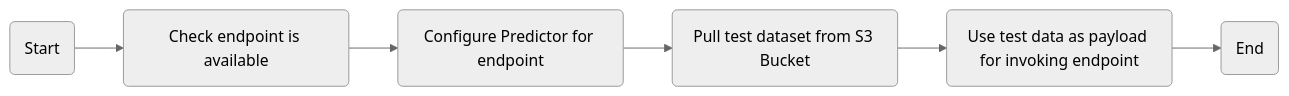
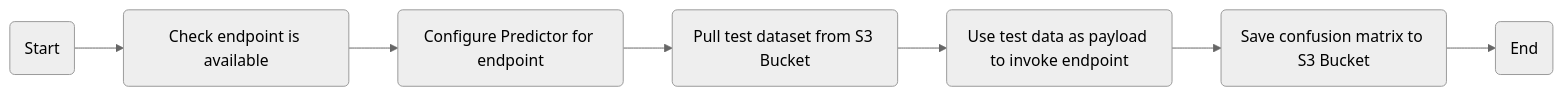
One commit to kwame-mintah/aws-lambda-model-evaluation changed the diagram in README.md. Above: the diagram before and after it, drawn with Mermaid (neutral theme). The commit also changed other lines of this file, not shown here.

Commit message:
docs(readme): include saving confusion matrix to s3 bucket
lambda saves the confusion matrix created to a s3 bucket

````diff
--- a/README.md
+++ b/README.md
@@ -23,15 +23,17 @@
 ```mermaid
 graph LR
   S0(Start)
   T1(Check endpoint is available)
   T2(Configure Predictor for endpoint)
   T3(Pull test dataset from S3 Bucket)
-  T4(Use test data as payload for invoking endpoint)
+  T4(Use test data as payload to invoke endpoint)
+  T5(Save confusion matrix to S3 Bucket)
   E0(End)
 
   S0-->T1
   T1-->T2
   T2-->T3
   T3-->T4
-  T4-->E0
+  T4-->T5
+  T5-->E0
 ```
````
